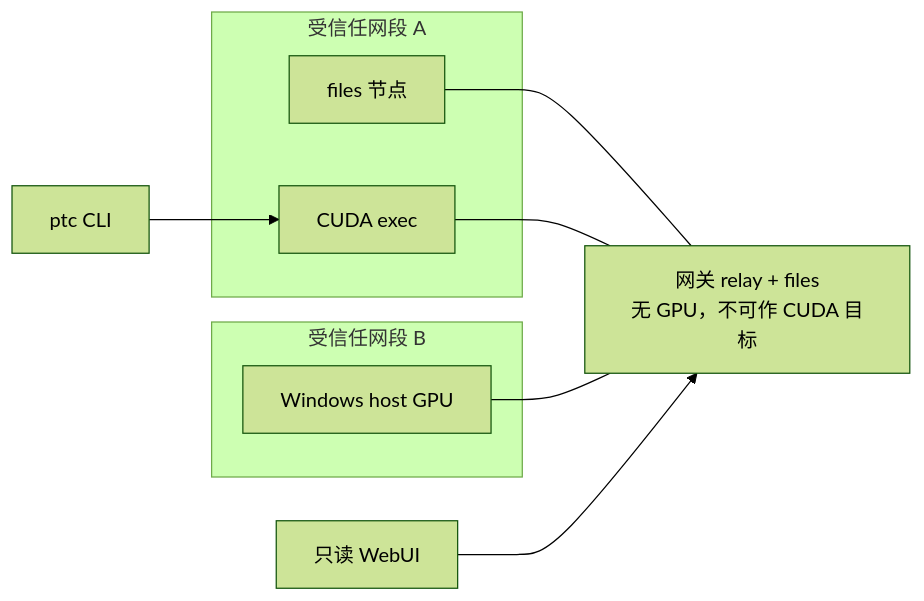
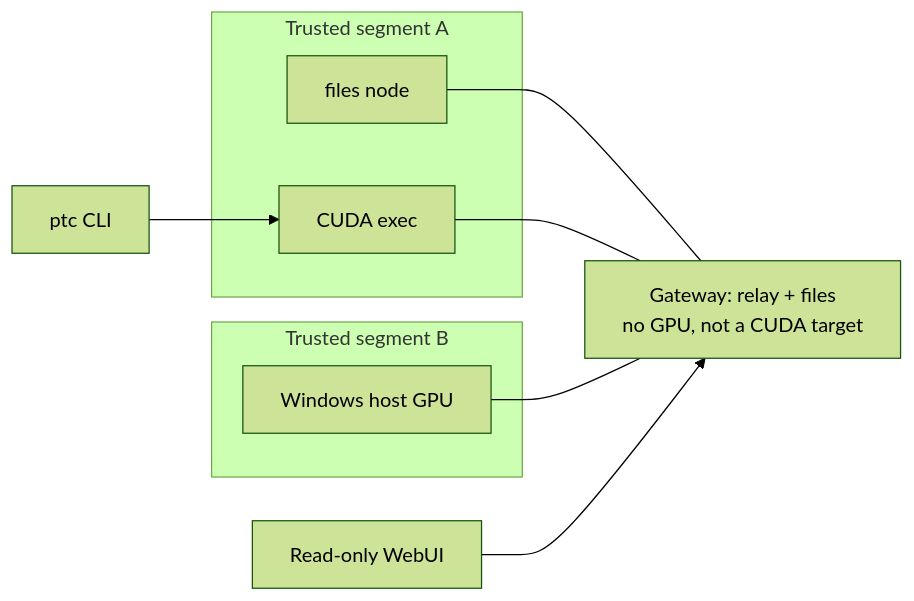
The diagram in README.md (tigeregit/peer-task-control), drawn with Mermaid (forest theme) before and after one commit. The commit also changed other lines of this file and 27 other files, not shown here.

````diff
--- a/README.md
+++ b/README.md
@@ -56,16 +58,16 @@
 ```mermaid
 flowchart LR
-  subgraph segA [受信任网段 A]
-    F[files 节点]
+  subgraph segA [Trusted segment A]
+    F[files node]
     C[CUDA exec]
   end
-  subgraph segB [受信任网段 B]
+  subgraph segB [Trusted segment B]
     H[Windows host GPU]
   end
-  G["网关 relay + files\n无 GPU，不可作 CUDA 目标"]
+  G["Gateway: relay + files\nno GPU, not a CUDA target"]
   F --- G
   C --- G
   H --- G
   CLI[ptc CLI] --> C
-  UI[只读 WebUI] --> G
+  UI[Read-only WebUI] --> G
 ```
````
